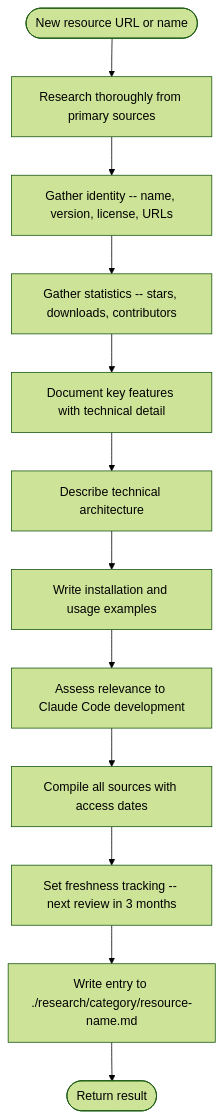
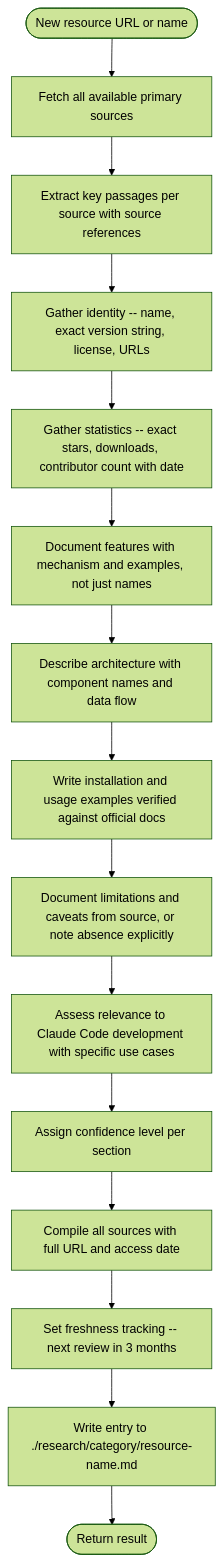
The second of 2 diagrams in .claude/agents/research-curator.md (chgreer1070/claude_skills), drawn with Mermaid (forest theme) before and after one commit. The commit also changed other lines of this file, not shown here.

First line of the commit message:
feat(agents): rewrite research-curator with extractive methodology from summarizer

````diff
--- a/.claude/agents/research-curator.md
+++ b/.claude/agents/research-curator.md
@@ -138,14 +285,17 @@
 ```mermaid
 flowchart TD
-    Start([New resource URL or name]) --> Research[Research thoroughly from primary sources]
-    Research --> Metadata[Gather identity -- name, version, license, URLs]
-    Metadata --> Stats[Gather statistics -- stars, downloads, contributors]
-    Stats --> Features[Document key features with technical detail]
-    Features --> Architecture[Describe technical architecture]
-    Architecture --> Usage[Write installation and usage examples]
-    Usage --> Relevance[Assess relevance to Claude Code development]
-    Relevance --> References[Compile all sources with access dates]
+    Start([New resource URL or name]) --> Fetch[Fetch all available primary sources]
+    Fetch --> Extract[Extract key passages per source with source references]
+    Extract --> Metadata[Gather identity -- name, exact version string, license, URLs]
+    Metadata --> Stats[Gather statistics -- exact stars, downloads, contributor count with date]
+    Stats --> Features[Document features with mechanism and examples, not just names]
+    Features --> Architecture[Describe architecture with component names and data flow]
+    Architecture --> Usage[Write installation and usage examples verified against official docs]
+    Usage --> Limitations[Document limitations and caveats from source, or note absence explicitly]
+    Limitations --> Relevance[Assess relevance to Claude Code development with specific use cases]
+    Relevance --> Confidence[Assign confidence level per section]
+    Confidence --> References[Compile all sources with full URL and access date]
     References --> Freshness[Set freshness tracking -- next review in 3 months]
     Freshness --> WriteFile[Write entry to ./research/category/resource-name.md]
     WriteFile --> Done([Return result])
 ```
````
